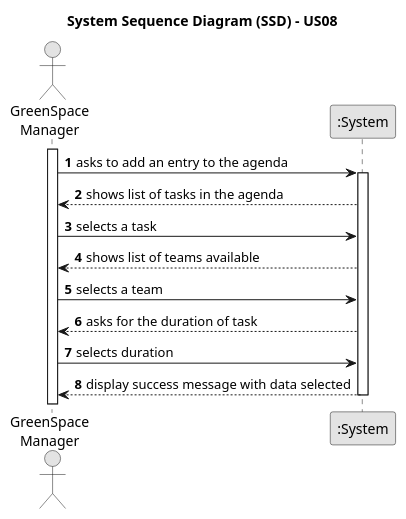
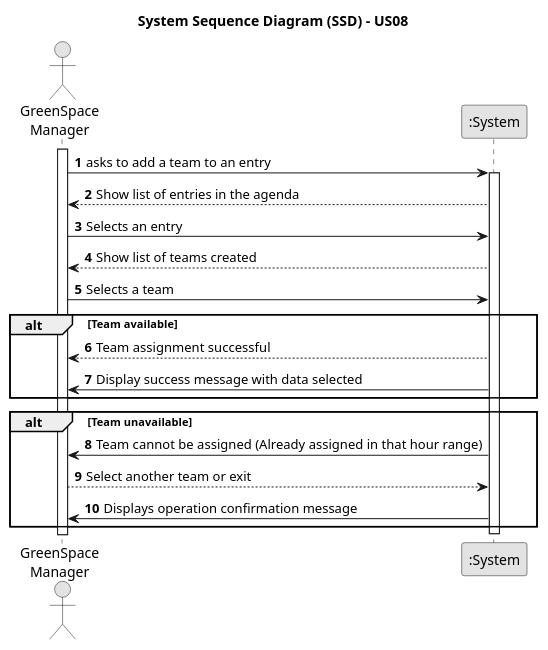
One commit to Paulo-Pereira-at-ISEP/lei-24-s2-1nanb-g321 changed the diagram in docs/sprintC/us23/01.requirements-engineering/puml/us23-system-sequence-diagram.puml. Above: the diagram before and after it, drawn with PlantUML. The commit also changed 23 other files, not shown here.

```diff
--- a/docs/sprintC/us23/01.requirements-engineering/puml/us23-system-sequence-diagram.puml
+++ b/docs/sprintC/us23/01.requirements-engineering/puml/us23-system-sequence-diagram.puml
@@ -1,28 +1,39 @@
 @startuml
 skinparam monochrome true
 skinparam packageStyle rectangle
 skinparam shadowing false
 
 title System Sequence Diagram (SSD) - US08
 
 autonumber
 
 actor "GreenSpace\nManager" as Employee
 participant ":System" as System
 
 activate Employee
 
-    Employee -> System : asks to add an entry to the agenda
+    Employee -> System : asks to add a team to an entry
     activate System
 
-    System --> Employee : shows list of tasks in the agenda
-    Employee -> System  : selects a task
-    System --> Employee : shows list of teams available
-    Employee -> System  : selects a team
-    System --> Employee : asks for the duration of task
-    Employee -> System  : selects duration
-    System --> Employee : display success message with data selected
+   System-->Employee: Show list of entries in the agenda
 
-   deactivate System
+       Employee -> System: Selects an entry
+
+       System --> Employee: Show list of teams created
+
+       Employee -> System: Selects a team
+
+
+       Alt Team available
+           System --> Employee: Team assignment successful
+           System -> Employee: Display success message with data selected
+       End
+       Alt Team unavailable
+           System -> Employee: Team cannot be assigned (Already assigned in that hour range)
+           Employee --> System: Select another team or exit
+           System -> Employee : Displays operation confirmation message
+
+       End
+       deactivate System
 
 @enduml
```
